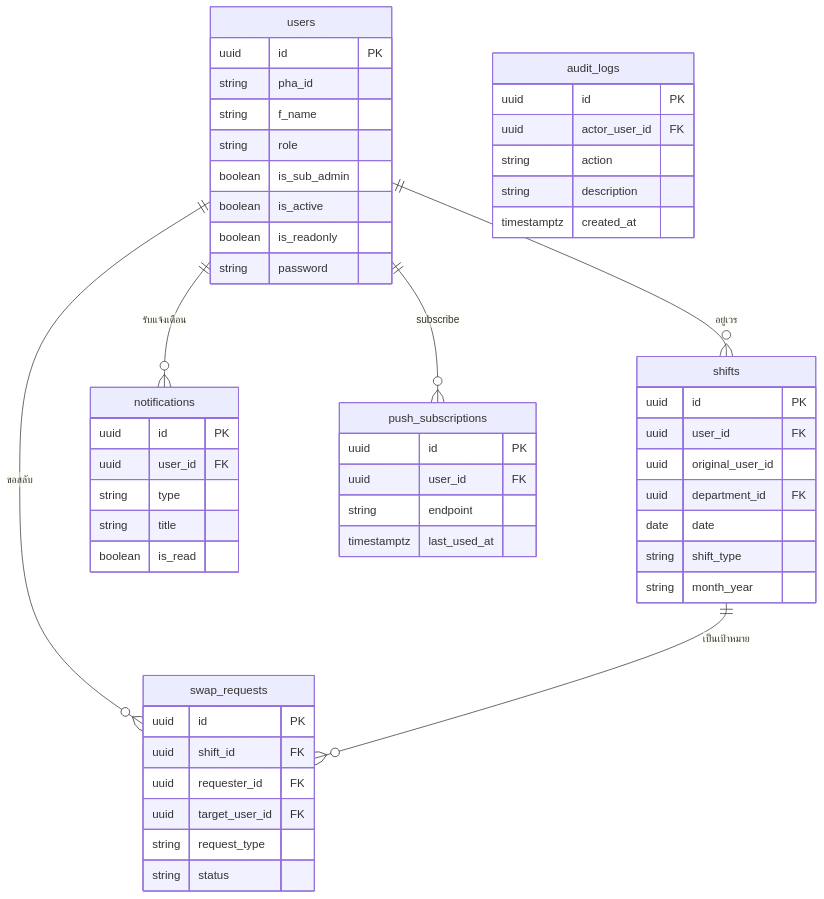
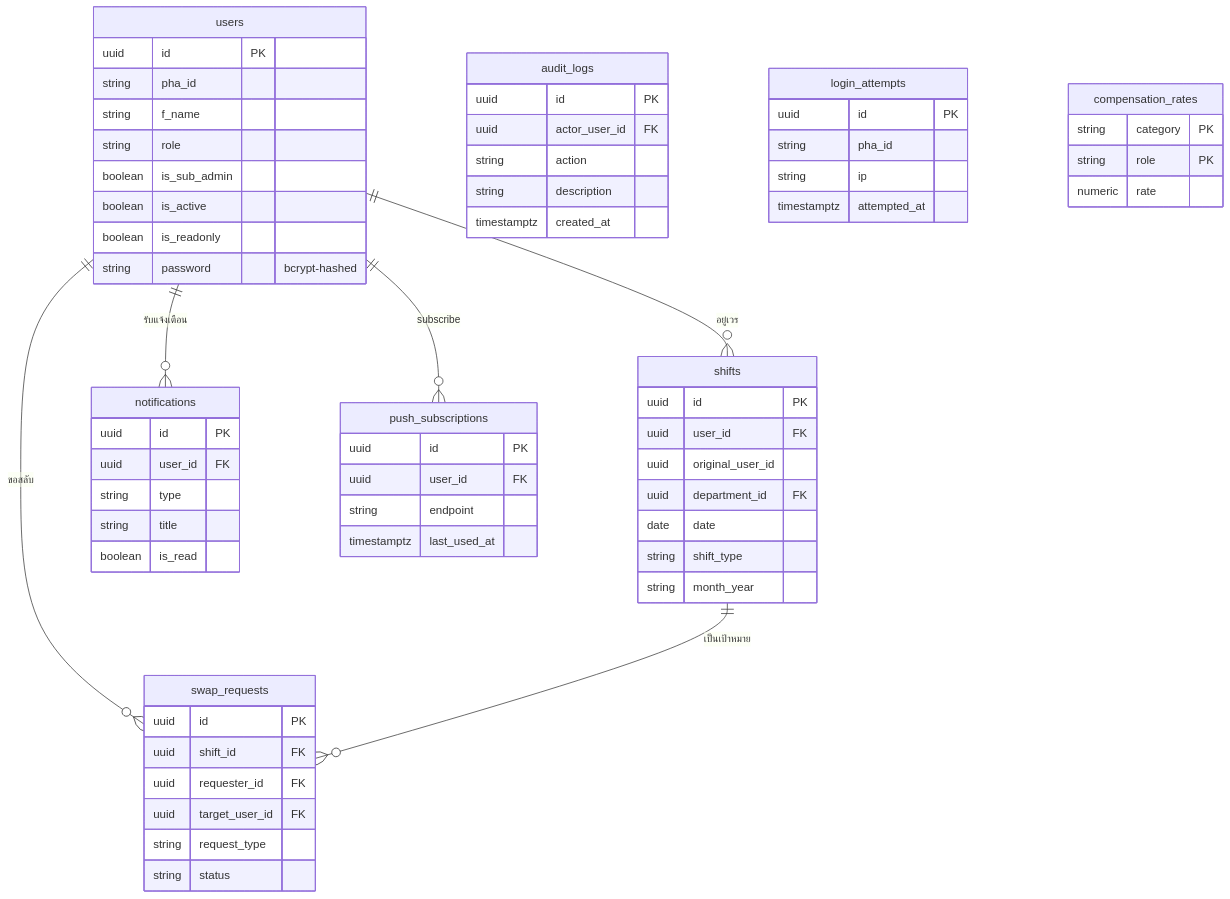
The fifth of 5 diagrams in README.md (codex074/pharmshift), drawn with Mermaid before and after one commit. The commit also changed other lines of this file, not shown here.

````diff
--- a/README.md
+++ b/README.md
@@ -217,56 +224,67 @@
 ```mermaid
 erDiagram
     users {
         uuid id PK
         string pha_id
         string f_name
         string role
         boolean is_sub_admin
         boolean is_active
         boolean is_readonly
-        string password
+        string password "bcrypt-hashed"
     }
     shifts {
         uuid id PK
         uuid user_id FK
         uuid original_user_id
         uuid department_id FK
         date date
         string shift_type
         string month_year
     }
     swap_requests {
         uuid id PK
         uuid shift_id FK
         uuid requester_id FK
         uuid target_user_id FK
         string request_type
         string status
     }
     notifications {
         uuid id PK
         uuid user_id FK
         string type
         string title
         boolean is_read
     }
     push_subscriptions {
         uuid id PK
         uuid user_id FK
         string endpoint
         timestamptz last_used_at
     }
     audit_logs {
         uuid id PK
         uuid actor_user_id FK
         string action
         string description
         timestamptz created_at
     }
+    login_attempts {
+        uuid id PK
+        string pha_id
+        string ip
+        timestamptz attempted_at
+    }
+    compensation_rates {
+        string category PK
+        string role PK
+        numeric rate
+    }
 
     users ||--o{ shifts : "อยู่เวร"
     users ||--o{ swap_requests : "ขอสลับ"
     users ||--o{ notifications : "รับแจ้งเตือน"
     users ||--o{ push_subscriptions : "subscribe"
     shifts ||--o{ swap_requests : "เป็นเป้าหมาย"
 ```
````
